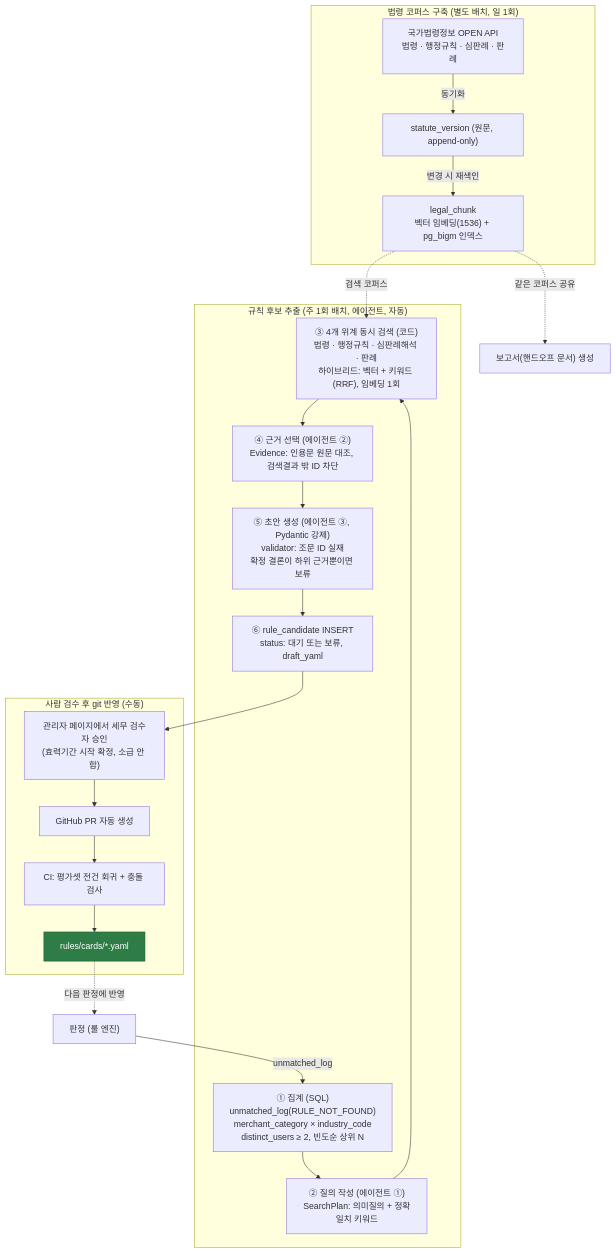
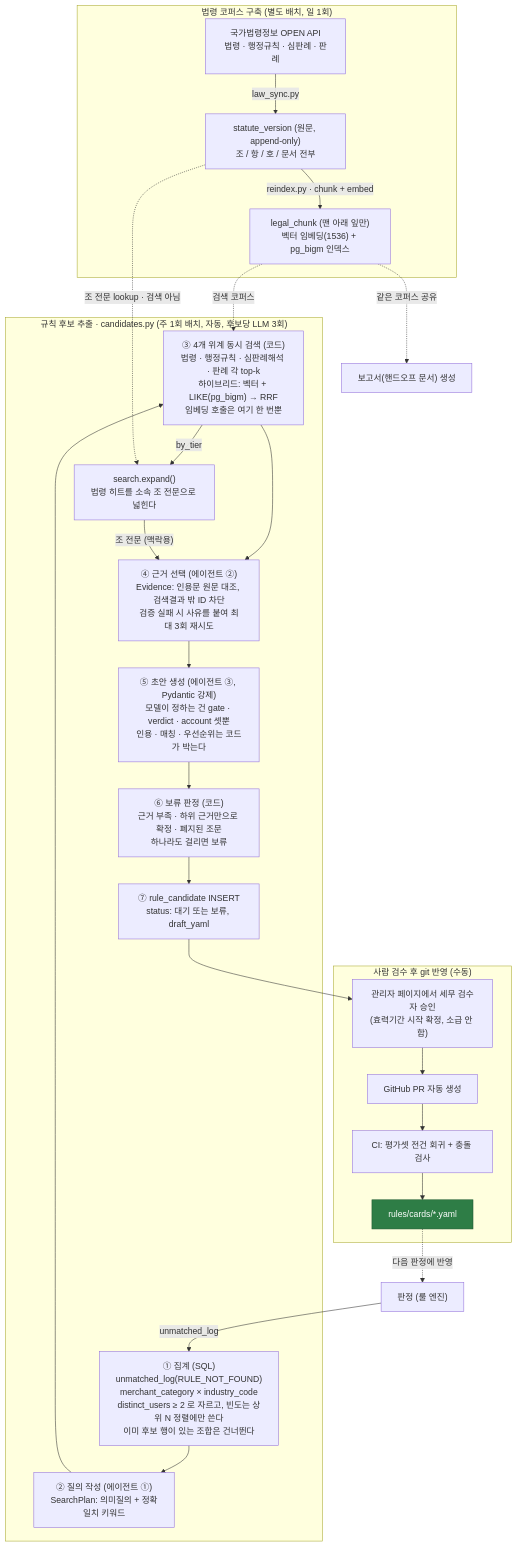
Before and after one commit to RainDrop3/ktc4-pusan-4: the third of 3 diagrams in docs/architecture.md, drawn with Mermaid. The commit also changed other lines of this file, not shown here.

Commit message:
docs: rag구조에 맞게 구조도 수정

````diff
--- a/docs/architecture.md
+++ b/docs/architecture.md
@@ -116,39 +116,43 @@
 ```mermaid
 flowchart TD
     subgraph CORPUS["법령 코퍼스 구축 (별도 배치, 일 1회)"]
         LAW["국가법령정보 OPEN API<br/>법령 · 행정규칙 · 심판례 · 판례"]
-        SV["statute_version (원문, append-only)"]
-        LC["legal_chunk<br/>벡터 임베딩(1536) + pg_bigm 인덱스"]
-        LAW -->|"동기화"| SV -->|"변경 시 재색인"| LC
+        SV["statute_version (원문, append-only)<br/>조 / 항 / 호 / 문서 전부"]
+        LC["legal_chunk (맨 아래 잎만)<br/>벡터 임베딩(1536) + pg_bigm 인덱스"]
+        LAW -->|"law_sync.py"| SV -->|"reindex.py · chunk + embed"| LC
     end
 
-    subgraph EXTRACT["규칙 후보 추출 (주 1회 배치, 에이전트, 자동)"]
-        AGG["① 집계 (SQL)<br/>unmatched_log(RULE_NOT_FOUND)<br/>merchant_category × industry_code<br/>distinct_users ≥ 2, 빈도순 상위 N"]
+    subgraph EXTRACT["규칙 후보 추출 · candidates.py (주 1회 배치, 자동, 후보당 LLM 3회)"]
+        AGG["① 집계 (SQL)<br/>unmatched_log(RULE_NOT_FOUND)<br/>merchant_category × industry_code<br/>distinct_users ≥ 2 로 자르고, 빈도는 상위 N 정렬에만 쓴다<br/>이미 후보 행이 있는 조합은 건너뛴다"]
         PLAN["② 질의 작성 (에이전트 ①)<br/>SearchPlan: 의미질의 + 정확일치 키워드"]
-        SEARCH["③ 4개 위계 동시 검색 (코드)<br/>법령 · 행정규칙 · 심판례해석 · 판례<br/>하이브리드: 벡터 + 키워드 (RRF), 임베딩 1회"]
-        PICK["④ 근거 선택 (에이전트 ②)<br/>Evidence: 인용문 원문 대조, 검색결과 밖 ID 차단"]
-        DRAFT["⑤ 초안 생성 (에이전트 ③, Pydantic 강제)<br/>validator: 조문 ID 실재<br/>확정 결론이 하위 근거뿐이면 보류"]
-        CAND["⑥ rule_candidate INSERT<br/>status: 대기 또는 보류, draft_yaml"]
-        AGG --> PLAN --> SEARCH --> PICK --> DRAFT --> CAND
+        SEARCH["③ 4개 위계 동시 검색 (코드)<br/>법령 · 행정규칙 · 심판례해석 · 판례 각 top-k<br/>하이브리드: 벡터 + LIKE(pg_bigm) → RRF<br/>임베딩 호출은 여기 한 번뿐"]
+        EXPAND["search.expand()<br/>법령 히트를 소속 조 전문으로 넓힌다"]
+        PICK["④ 근거 선택 (에이전트 ②)<br/>Evidence: 인용문 원문 대조, 검색결과 밖 ID 차단<br/>검증 실패 시 사유를 붙여 최대 3회 재시도"]
+        DRAFT["⑤ 초안 생성 (에이전트 ③, Pydantic 강제)<br/>모델이 정하는 건 gate · verdict · account 셋뿐<br/>인용 · 매칭 · 우선순위는 코드가 박는다"]
+        HOLD["⑥ 보류 판정 (코드)<br/>근거 부족 · 하위 근거만으로 확정 · 폐지된 조문<br/>하나라도 걸리면 보류"]
+        CAND["⑦ rule_candidate INSERT<br/>status: 대기 또는 보류, draft_yaml"]
+        AGG --> PLAN --> SEARCH --> PICK --> DRAFT --> HOLD --> CAND
+        SEARCH -->|"by_tier"| EXPAND -->|"조 전문 (맥락용)"| PICK
     end
 
     subgraph HUMAN["사람 검수 후 git 반영 (수동)"]
         ADMIN["관리자 페이지에서 세무 검수자 승인<br/>(효력기간 시작 확정, 소급 안 함)"]
         PR["GitHub PR 자동 생성"]
         CI["CI: 평가셋 전건 회귀 + 충돌 검사"]
         CARDS["rules/cards/*.yaml"]
         ADMIN --> PR --> CI --> CARDS
     end
 
     JUDGE["판정 (룰 엔진)"]
     REPORT["보고서(핸드오프 문서) 생성"]
 
     JUDGE -->|"unmatched_log"| AGG
     LC -.->|"검색 코퍼스"| SEARCH
+    SV -.->|"조 전문 lookup · 검색 아님"| EXPAND
     LC -.->|"같은 코퍼스 공유"| REPORT
     CAND --> ADMIN
     CARDS -.->|"다음 판정에 반영"| JUDGE
 
     classDef done fill:#2e7d46,color:#ffffff,stroke:#1f5731;
     class CARDS done;
 ```
````
